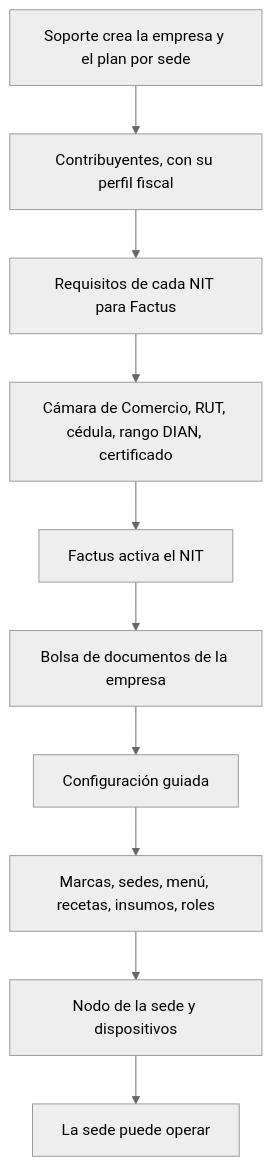
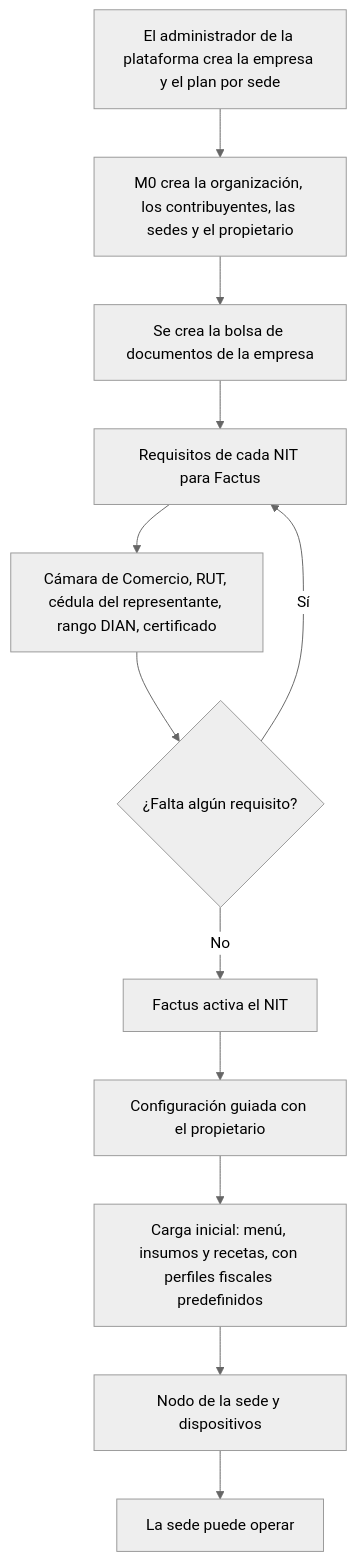
Before and after one commit to CesarJOtizM/blackHole: the first of 4 diagrams in docs/flujos/m7-saas.md, drawn with Mermaid (neutral theme). The commit also changed other lines of this file and 159 other files, not shown here.

````diff
--- a/docs/flujos/m7-saas.md
+++ b/docs/flujos/m7-saas.md
@@ -23,12 +23,14 @@
 ```mermaid
 flowchart TD
-  A["Soporte crea la empresa y el plan por sede"] --> B["Contribuyentes, con su perfil fiscal"]
-  B --> C["Requisitos de cada NIT para Factus"]
-  C --> D["Cámara de Comercio, RUT, cédula, rango DIAN, certificado"]
-  D --> E["Factus activa el NIT"]
-  E --> F["Bolsa de documentos de la empresa"]
-  F --> G["Configuración guiada"]
-  G --> H["Marcas, sedes, menú, recetas, insumos, roles"]
-  H --> I["Nodo de la sede y dispositivos"]
-  I --> J["La sede puede operar"]
+  A["El administrador de la plataforma crea la empresa y el plan por sede"] --> B["M0 crea la organización, los contribuyentes, las sedes y el propietario"]
+  B --> C["Se crea la bolsa de documentos de la empresa"]
+  C --> D["Requisitos de cada NIT para Factus"]
+  D --> E["Cámara de Comercio, RUT, cédula del representante, rango DIAN, certificado"]
+  E --> F{"¿Falta algún requisito?"}
+  F -->|Sí| D
+  F -->|No| G["Factus activa el NIT"]
+  G --> H["Configuración guiada con el propietario"]
+  H --> I["Carga inicial: menú, insumos y recetas, con perfiles fiscales predefinidos"]
+  I --> J["Nodo de la sede y dispositivos"]
+  J --> K["La sede puede operar"]
 ```
````
